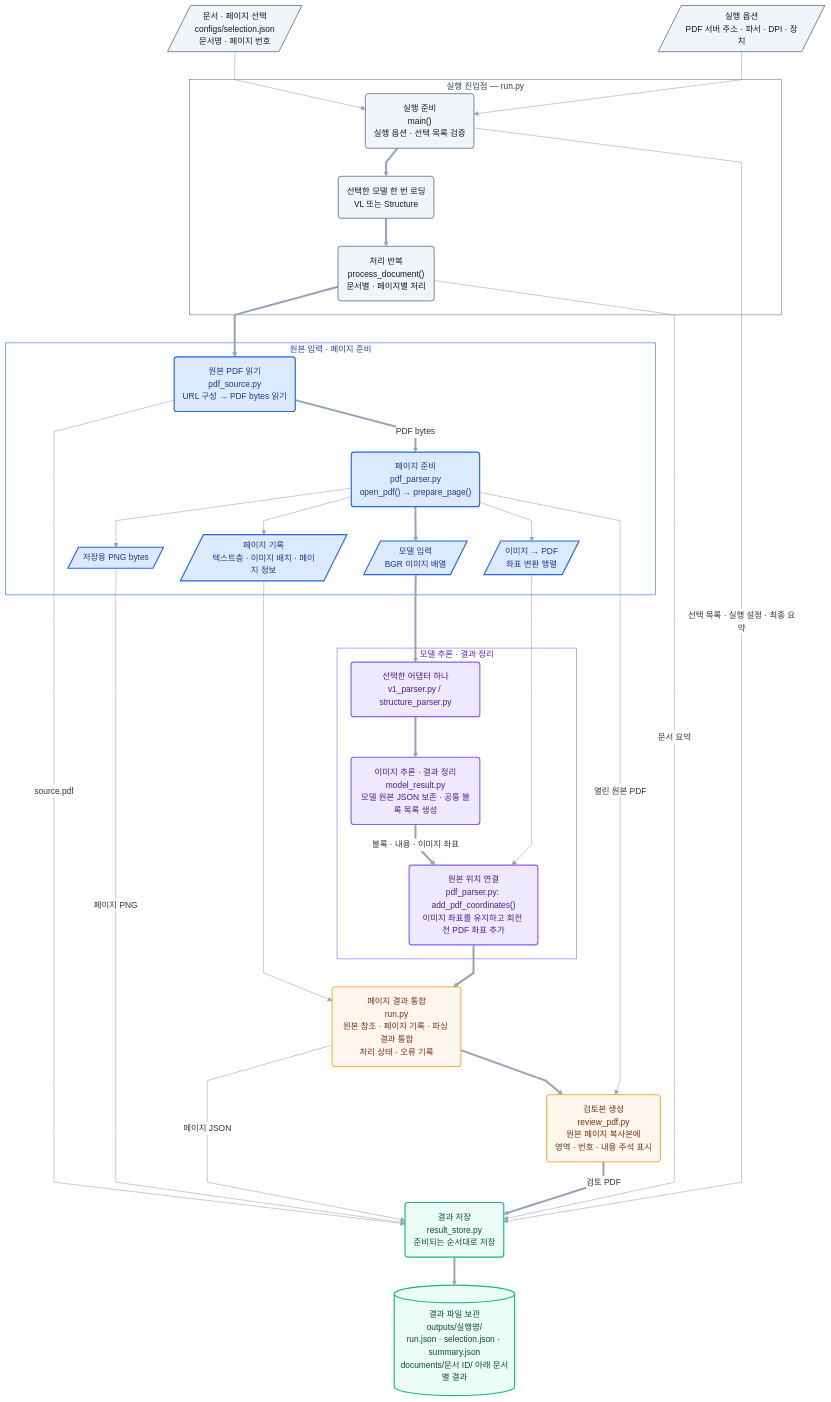
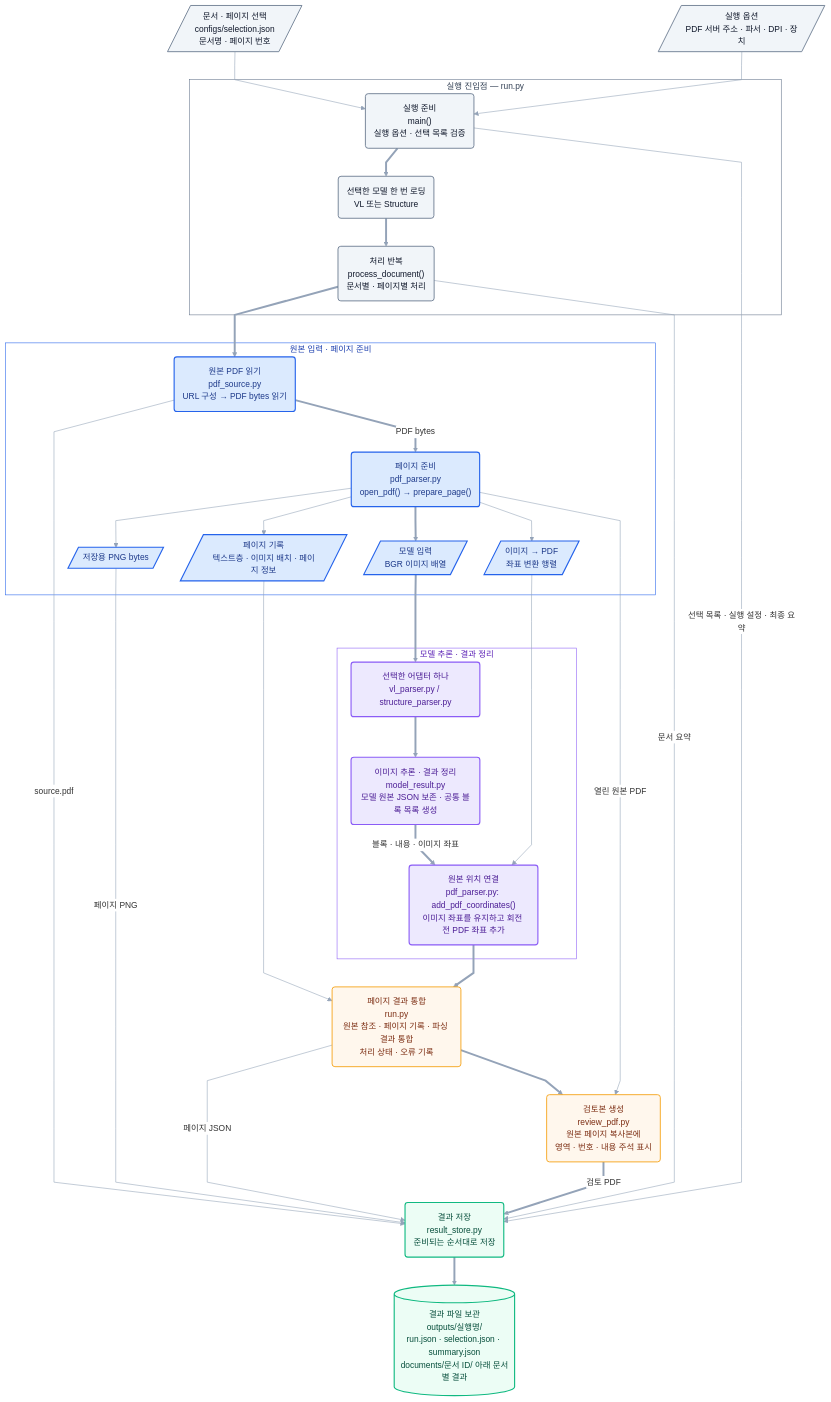
Before and after one commit to LeF-0213/MMDocIR_Multimodal_RAG: the diagram in README.md, drawn with Mermaid. The commit also changed other lines of this file and 7 other files, not shown here.

```diff
--- a/README.md
+++ b/README.md
@@ -170,7 +170,7 @@
     PROCESS ==> SOURCE
 
     subgraph PARSING["모델 추론 · 결과 정리"]
-        ADAPTER("선택한 어댑터 하나<br/>v1_parser.py / structure_parser.py")
+        ADAPTER("선택한 어댑터 하나<br/>vl_parser.py / structure_parser.py")
         RESULT("이미지 추론 · 결과 정리<br/>model_result.py<br/>모델 원본 JSON 보존 · 공통 블록 목록 생성")
         COORD("원본 위치 연결<br/>pdf_parser.py: add_pdf_coordinates()<br/>이미지 좌표를 유지하고 회전 전 PDF 좌표 추가")
 
```
